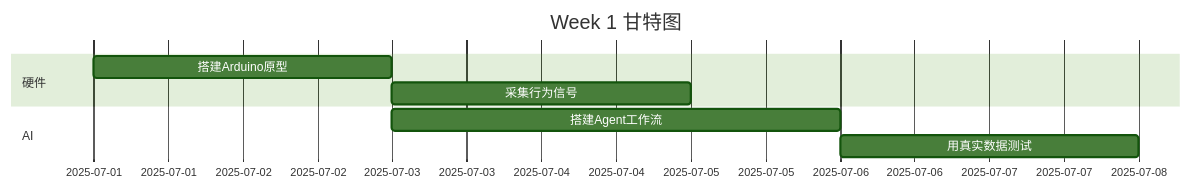
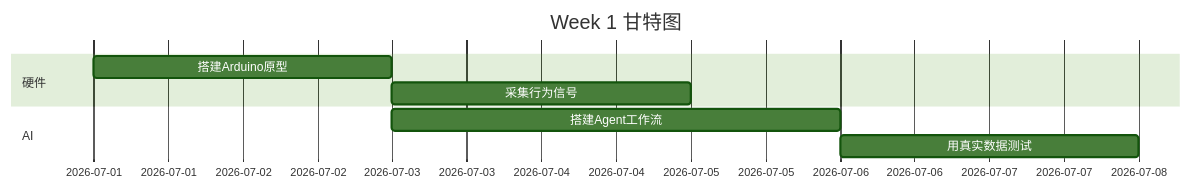
Before and after one commit to chenzhao-labs/XMX_MiniTask_YeAn: the first of 3 diagrams in docs/06-validation-plan.md, drawn with Mermaid (forest theme). The commit also changed 1 other file, not shown here.

````diff
--- a/docs/06-validation-plan.md
+++ b/docs/06-validation-plan.md
@@ -24,11 +24,11 @@
 ```mermaid
 gantt
     title Week 1 甘特图
     dateFormat YYYY-MM-DD
     section 硬件
-    搭建Arduino原型      :a1, 2025-07-01, 2d
+    搭建Arduino原型      :a1, 2026-07-01, 2d
     采集行为信号         :a2, after a1, 2d
     section AI
-    搭建Agent工作流      :b1, 2025-07-03, 3d
+    搭建Agent工作流      :b1, 2026-07-03, 3d
     用真实数据测试       :b2, after b1, 2d
 ```
````
